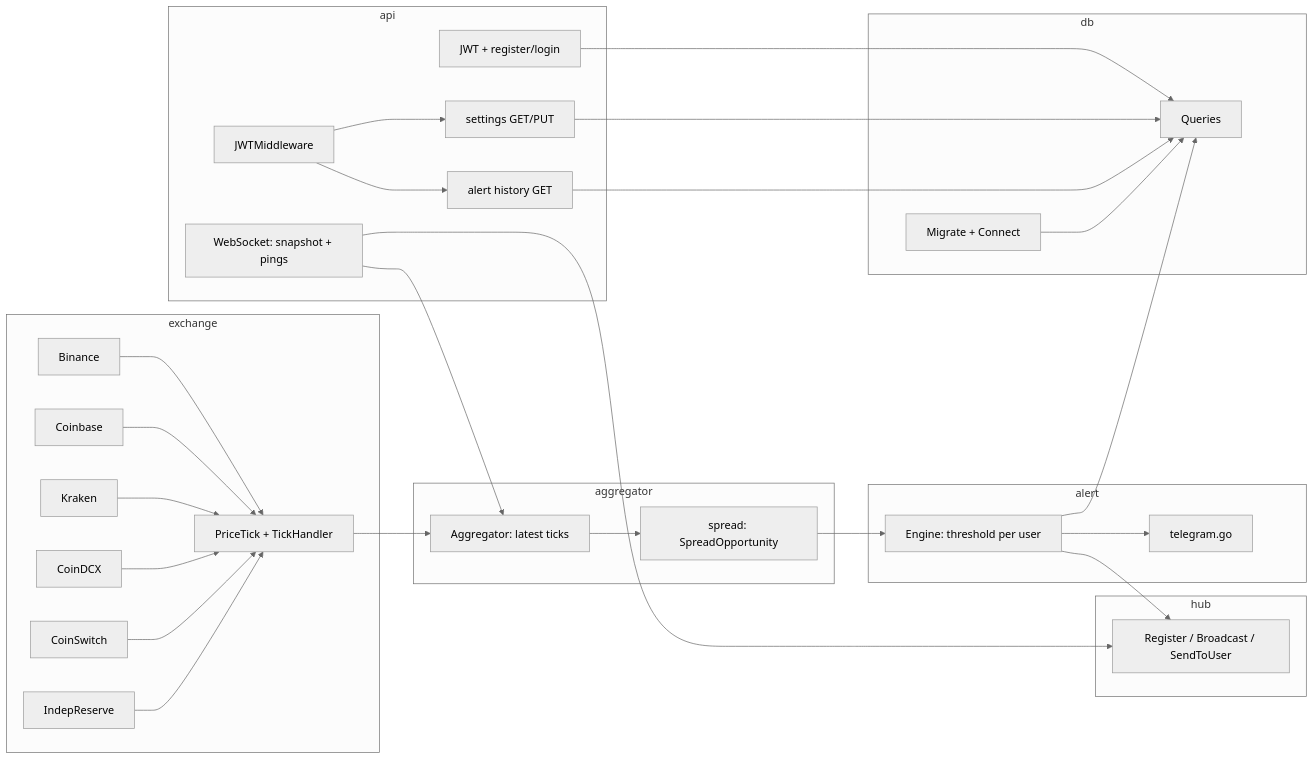
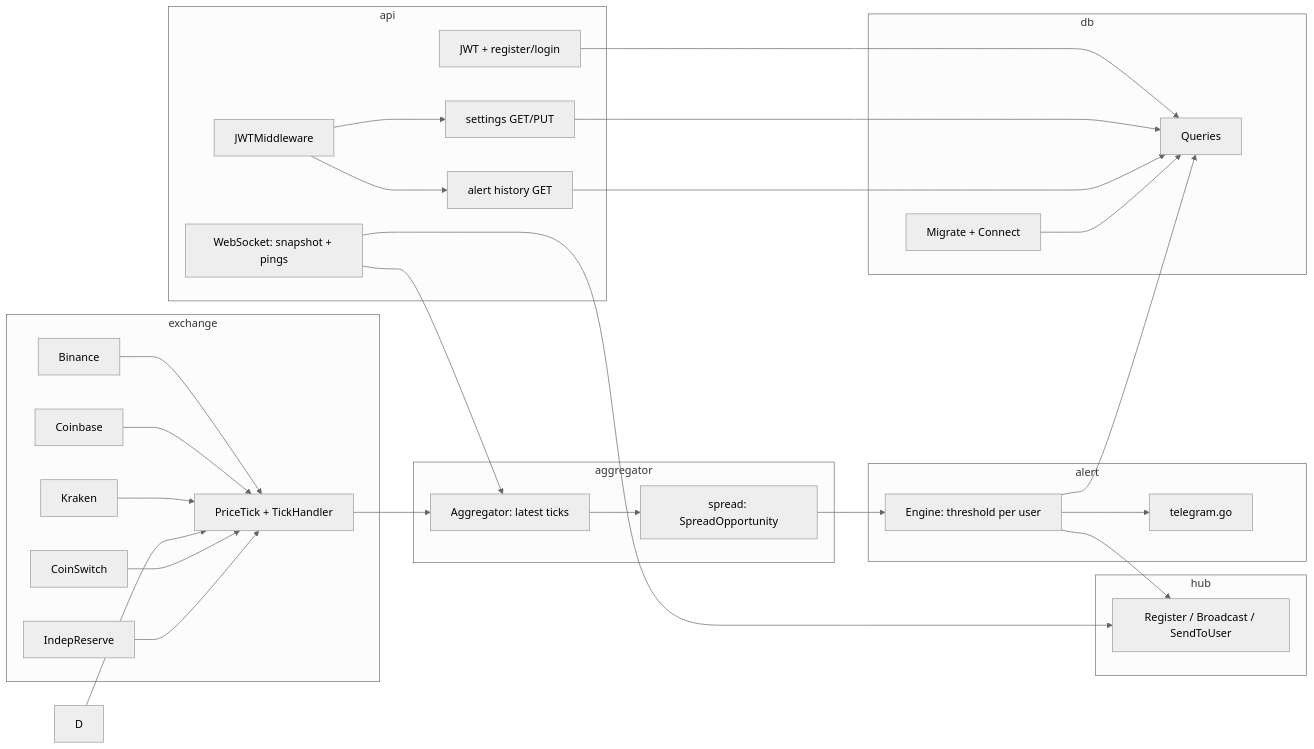
Before and after one commit to srinivas365/crytotrade: the second of 5 diagrams in docs/architecture.md, drawn with Mermaid (neutral theme). The commit also changed other lines of this file and 4 other files, not shown here.

````diff
--- a/docs/architecture.md
+++ b/docs/architecture.md
@@ -68,60 +66,59 @@
 ```mermaid
 flowchart LR
   subgraph exchange["exchange"]
     T[PriceTick + TickHandler]
     B[Binance]
     C[Coinbase]
     K[Kraken]
-    D[CoinDCX]
     CS[CoinSwitch]
     IRX[IndepReserve]
   end
 
   subgraph agg["aggregator"]
     A[Aggregator: latest ticks]
     S[spread: SpreadOpportunity]
   end
 
   subgraph alert_pkg["alert"]
     E[Engine: threshold per user]
     TE[telegram.go]
   end
 
   subgraph hub_pkg["hub"]
     H[Register / Broadcast / SendToUser]
   end
 
   subgraph api_pkg["api"]
     AUTH[JWT + register/login]
     SET[settings GET/PUT]
     HIS[alert history GET]
     WSH[WebSocket: snapshot + pings]
     MW[JWTMiddleware]
   end
 
   subgraph db_pkg["db"]
     Q[Queries]
     M[Migrate + Connect]
   end
 
   B --> T
   C --> T
   K --> T
   D --> T
   CS --> T
   IRX --> T
   T --> A
   A --> S
   S --> E
   E --> H
   E --> TE
   E --> Q
   AUTH --> Q
   SET --> Q
   HIS --> Q
   WSH --> H
   WSH --> A
   MW --> SET
   MW --> HIS
   M --> Q
 ```
````
